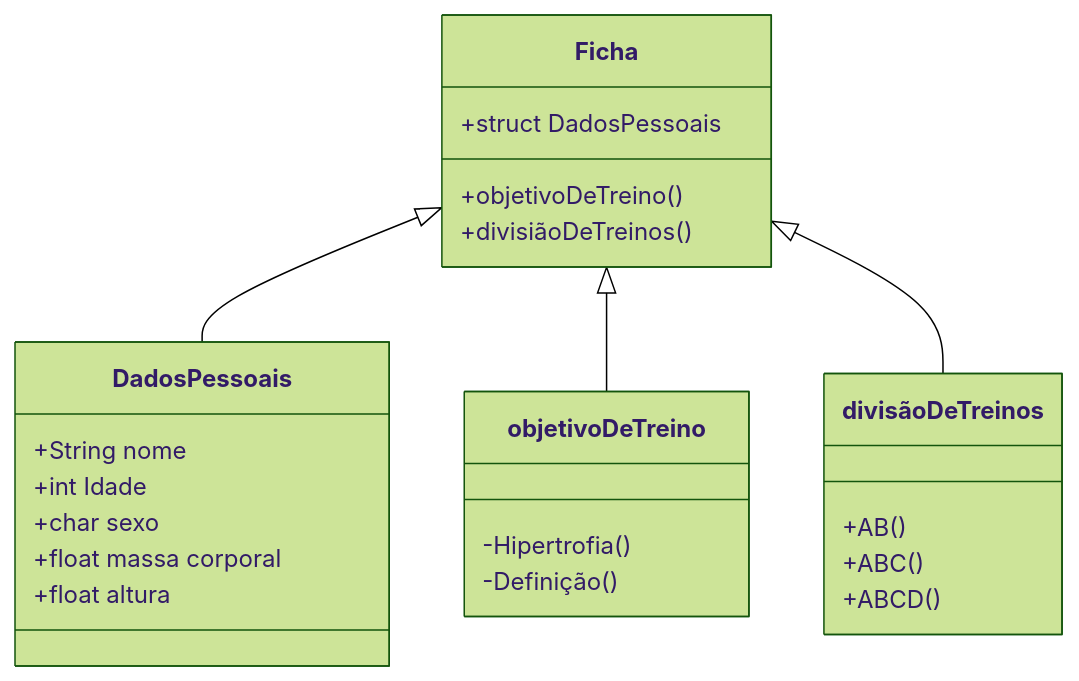
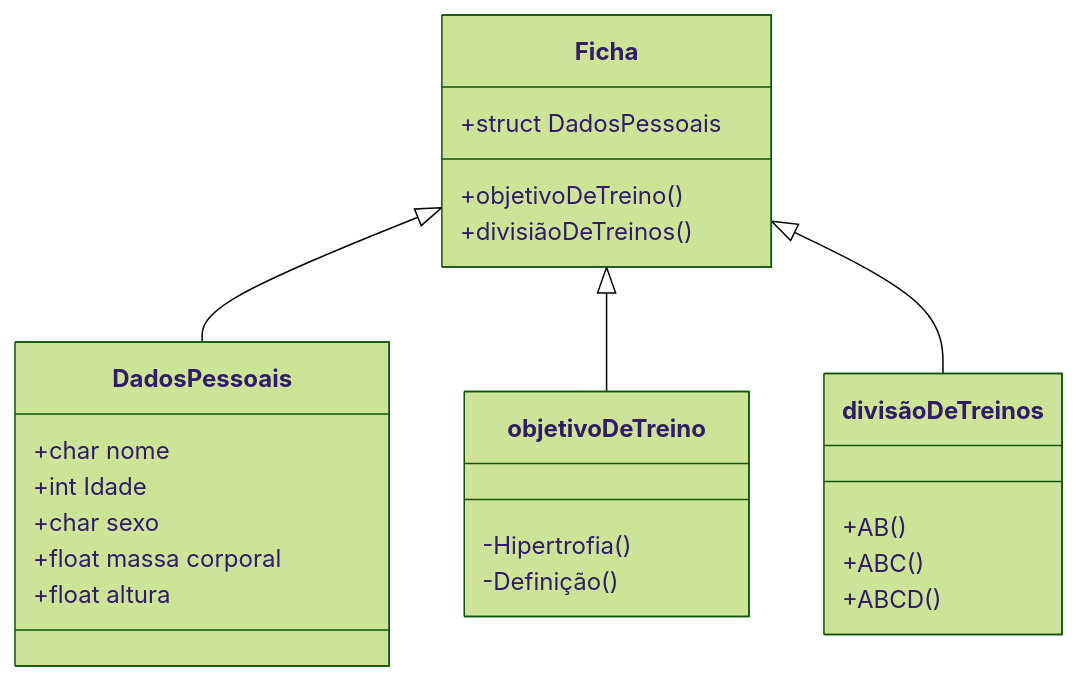
Before and after one commit to caio-passos/fichaacademia: the first of 2 diagrams in readme.MD, drawn with Mermaid (forest theme). The commit also changed other lines of this file and 11 other files, not shown here.

````diff
--- a/readme.MD
+++ b/readme.MD
@@ -13,25 +13,25 @@
 ```mermaid
     classDiagram
     Ficha <|-- DadosPessoais
     Ficha <|-- objetivoDeTreino
     Ficha <|-- divisãoDeTreinos
     Ficha : +struct DadosPessoais
     Ficha : +objetivoDeTreino()
     Ficha: +divisiãoDeTreinos()
     class DadosPessoais{
-      +String nome
+      +char nome
       +int Idade
       +char sexo
       +float massa corporal
       +float altura
     }
     class objetivoDeTreino{
       -Hipertrofia()
       -Definição()
     }
     class divisãoDeTreinos{
       +AB()
       +ABC()
       +ABCD()
     }
 ```
````
